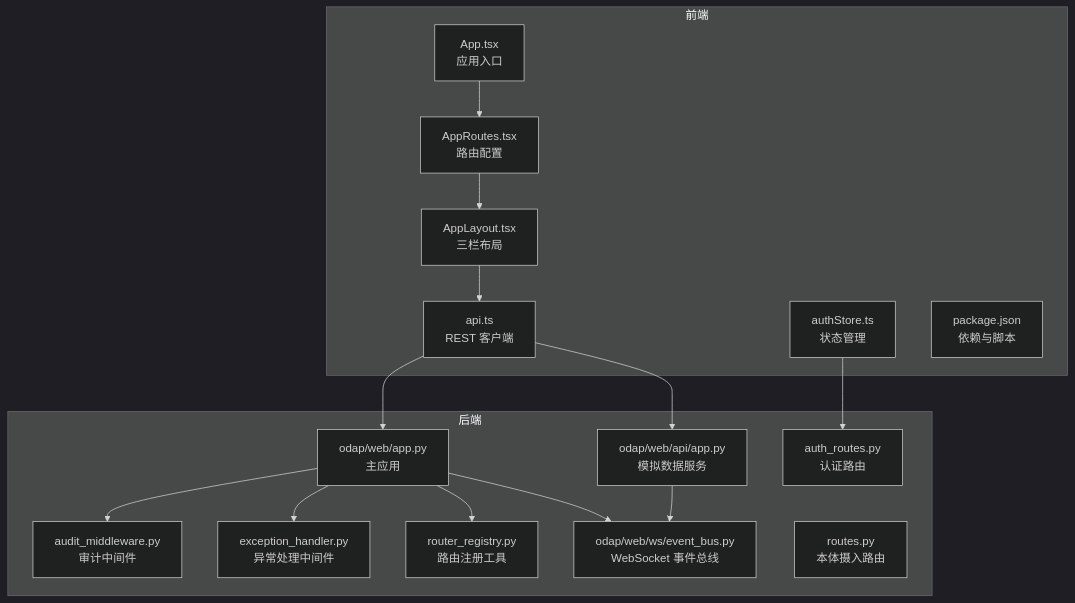
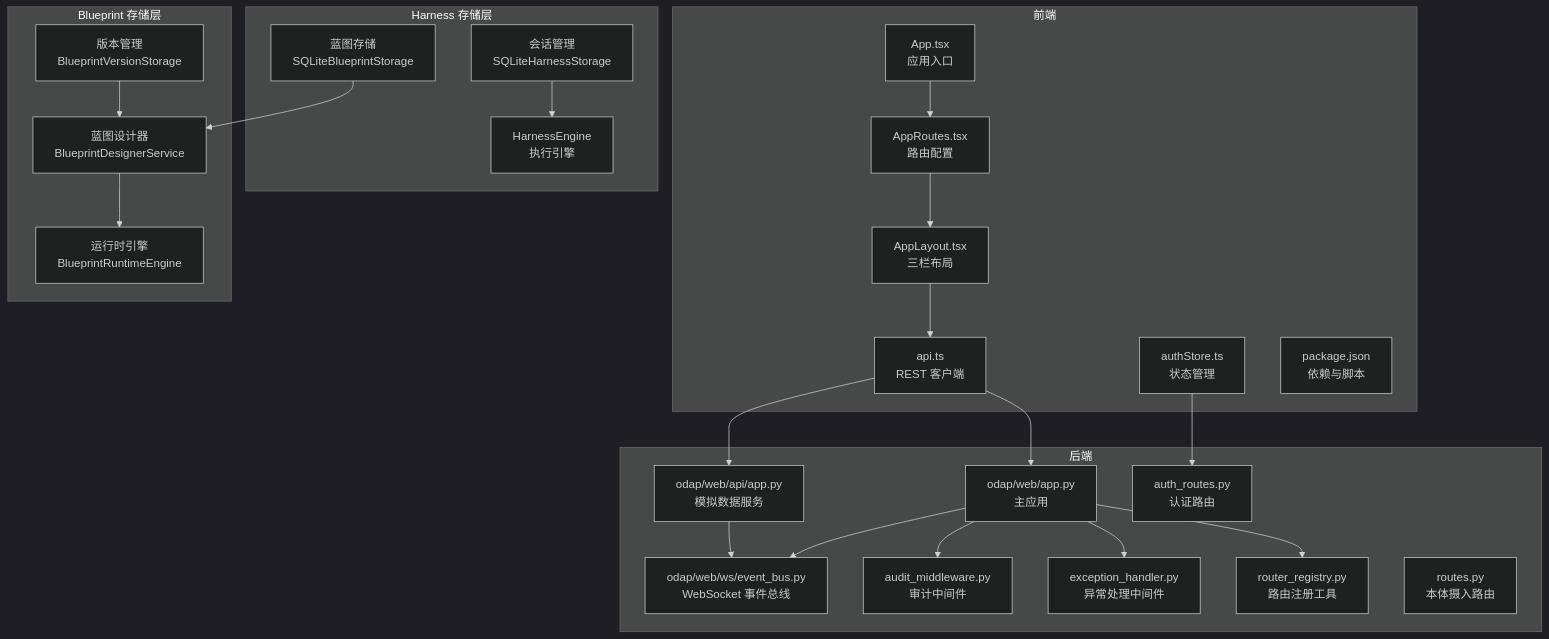
The first of 11 diagrams in .qoder/repowiki/zh/content/架构设计/分层架构设计/L5-L6 接口层/L5-L6 接口层.md (inier/ontology-graphiti), drawn with Mermaid (dark theme) before and after one commit. The commit also changed other lines of this file and 85 other files, not shown here.

````diff
--- a/.qoder/repowiki/zh/content/架构设计/分层架构设计/L5-L6 接口层/L5-L6 接口层.md
+++ b/.qoder/repowiki/zh/content/架构设计/分层架构设计/L5-L6 接口层/L5-L6 接口层.md
@@ -42,32 +63,46 @@
 ```mermaid
 graph TB
 subgraph "前端"
 FE_App["App.tsx<br/>应用入口"]
 FE_Router["AppRoutes.tsx<br/>路由配置"]
 FE_Layout["AppLayout.tsx<br/>三栏布局"]
 FE_API["api.ts<br/>REST 客户端"]
 FE_Auth["authStore.ts<br/>状态管理"]
 FE_Pkg["package.json<br/>依赖与脚本"]
 end
 subgraph "后端"
 BE_Main["odap/web/app.py<br/>主应用"]
 BE_API["odap/web/api/app.py<br/>模拟数据服务"]
 BE_WS["odap/web/ws/event_bus.py<br/>WebSocket 事件总线"]
 BE_MW_Audit["audit_middleware.py<br/>审计中间件"]
 BE_MW_Ex["exception_handler.py<br/>异常处理中间件"]
 BE_RouterReg["router_registry.py<br/>路由注册工具"]
 BE_Auth["auth_routes.py<br/>认证路由"]
 BE_Ingest["routes.py<br/>本体摄入路由"]
 end
+subgraph "Harness 存储层"
+H_Sessions["会话管理<br/>SQLiteHarnessStorage"]
+H_Blueprints["蓝图存储<br/>SQLiteBlueprintStorage"]
+H_Engine["HarnessEngine<br/>执行引擎"]
+end
+subgraph "Blueprint 存储层"
+BP_Designer["蓝图设计器<br/>BlueprintDesignerService"]
+BP_Runtime["运行时引擎<br/>BlueprintRuntimeEngine"]
+BP_Version["版本管理<br/>BlueprintVersionStorage"]
+end
 FE_App --> FE_Router
 FE_Router --> FE_Layout
 FE_Layout --> FE_API
 FE_API --> BE_Main
 FE_API --> BE_API
 FE_Auth --> BE_Auth
 BE_Main --> BE_MW_Audit
 BE_Main --> BE_MW_Ex
 BE_Main --> BE_RouterReg
 BE_Main --> BE_WS
 BE_API --> BE_WS
+H_Sessions --> H_Engine
+H_Blueprints --> BP_Designer
+BP_Designer --> BP_Runtime
+BP_Version --> BP_Designer
 ```
````
